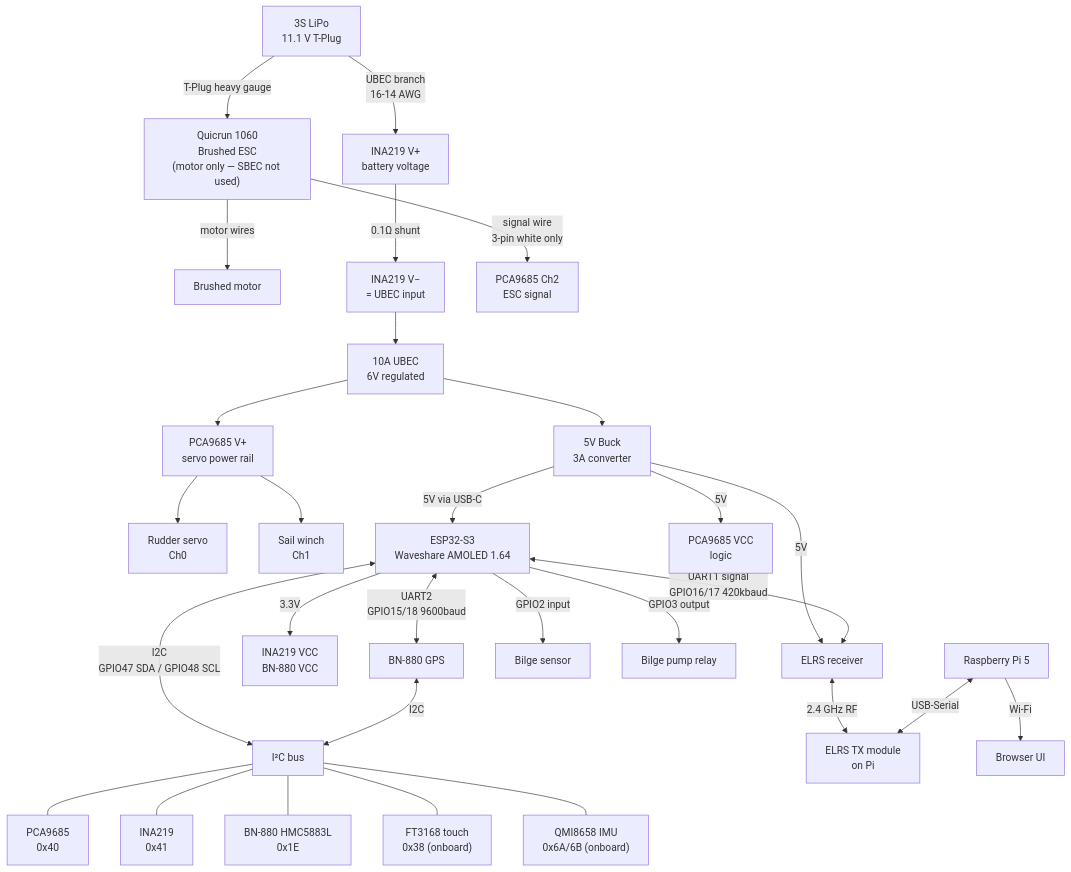
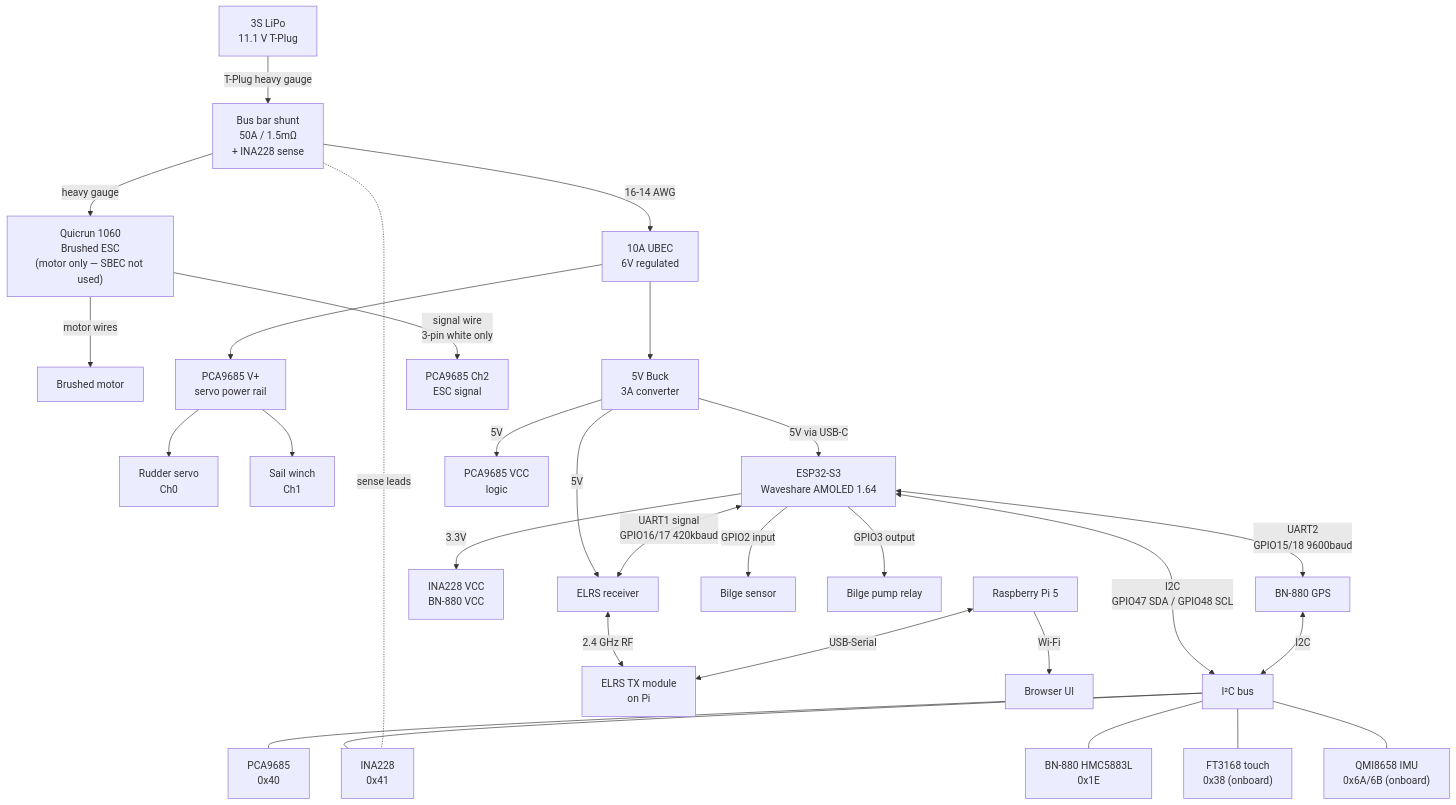
The diagram in docs/wiring.md (crazyswedishguy/rcsailboat), drawn with Mermaid before and after one commit. The commit also changed other lines of this file and 4 other files, not shown here.

First line of the commit message:
power: replace INA219 with INA228 + bus bar shunt on main battery line

````diff
--- a/docs/wiring.md
+++ b/docs/wiring.md
@@ -309,44 +309,44 @@
 ```mermaid
 graph TD
     LIPO["3S LiPo\n11.1 V T-Plug"]
+    SHUNT["Bus bar shunt\n50A / 1.5mΩ\n+ INA228 sense"]
 
-    LIPO -->|T-Plug heavy gauge| ESC["Quicrun 1060\nBrushed ESC\n(motor only — SBEC not used)"]
-    LIPO -->|UBEC branch\n16-14 AWG| INA_VIN["INA219 V+\nbattery voltage"]
+    LIPO -->|T-Plug heavy gauge| SHUNT
+    SHUNT -->|heavy gauge| ESC["Quicrun 1060\nBrushed ESC\n(motor only — SBEC not used)"]
+    SHUNT -->|16-14 AWG| UBEC["10A UBEC\n6V regulated"]
     ESC -->|motor wires| MOTOR["Brushed motor"]
-
-    INA_VIN -->|0.1Ω shunt| INA_VOUT["INA219 V−\n= UBEC input"]
-    INA_VOUT --> UBEC["10A UBEC\n6V regulated"]
 
     UBEC --> PCA_V["PCA9685 V+\nservo power rail"]
     UBEC --> BUCK["5V Buck\n3A converter"]
 
     PCA_V --> RUDDER["Rudder servo\nCh0"]
     PCA_V --> SAIL["Sail winch\nCh1"]
 
     ESC -->|signal wire\n3-pin white only| PCA_CH2["PCA9685 Ch2\nESC signal"]
 
     BUCK -->|5V via USB-C| ESP["ESP32-S3\nWaveshare AMOLED 1.64"]
     BUCK -->|5V| PCA_VCC["PCA9685 VCC\nlogic"]
     BUCK -->|5V| ELRS_RX["ELRS receiver"]
 
-    ESP -->|3.3V| SENSORS["INA219 VCC\nBN-880 VCC"]
+    ESP -->|3.3V| SENSORS["INA228 VCC\nBN-880 VCC"]
 
     ESP <-->|I2C\nGPIO47 SDA / GPIO48 SCL| I2C_BUS["I²C bus"]
     I2C_BUS --- PCA["PCA9685\n0x40"]
-    I2C_BUS --- INA["INA219\n0x41"]
+    I2C_BUS --- INA228_I2C["INA228\n0x41"]
+    SHUNT -.-|sense leads| INA228_I2C
     I2C_BUS --- HMAG["BN-880 HMC5883L\n0x1E"]
     I2C_BUS --- TOUCH["FT3168 touch\n0x38 (onboard)"]
     I2C_BUS --- IMU["QMI8658 IMU\n0x6A/6B (onboard)"]
 
     ESP <-->|UART1 signal\nGPIO16/17 420kbaud| ELRS_RX
     ELRS_RX <-->|2.4 GHz RF| ELRS_TX["ELRS TX module\non Pi"]
 
     ESP <-->|UART2\nGPIO15/18 9600baud| BN880["BN-880 GPS"]
     BN880 <-->|I2C| I2C_BUS
 
     ESP -->|GPIO2 input| BILGE_S["Bilge sensor"]
     ESP -->|GPIO3 output| BILGE_P["Bilge pump relay"]
 
     PI["Raspberry Pi 5"] <-->|USB-Serial| ELRS_TX
     PI -->|Wi-Fi| BROWSER["Browser UI"]
 ```
````
